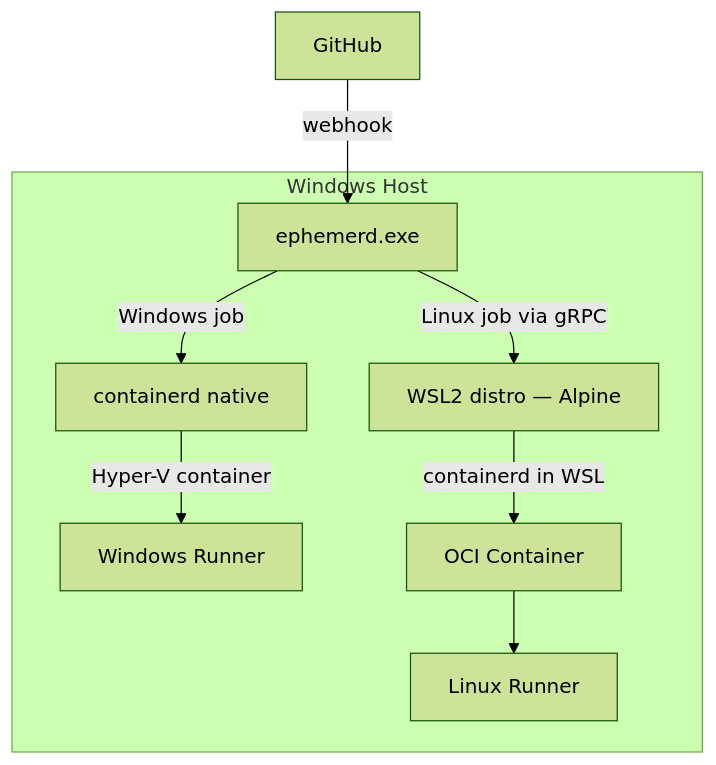
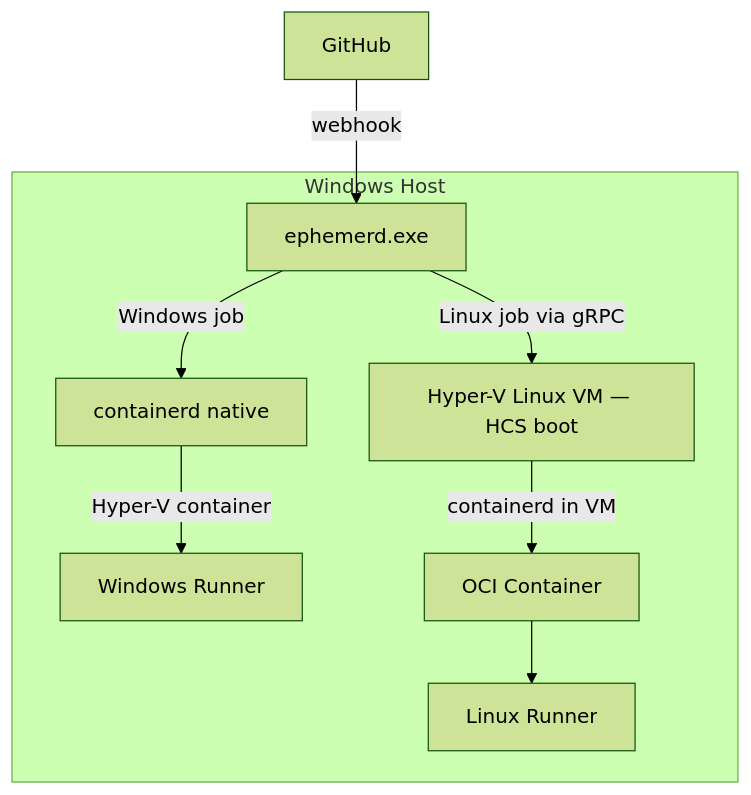
Before and after one commit to ephpm/ephemerd: the second of 7 diagrams in README.md, drawn with Mermaid (forest theme). The commit also changed other lines of this file and 30 other files, not shown here.

````diff
--- a/README.md
+++ b/README.md
@@ -57,13 +57,13 @@
 ```mermaid
 graph TB
     GH[GitHub] -->|webhook| E[ephemerd.exe]
 
     subgraph "Windows Host"
         E -->|Windows job| CTD[containerd native]
         CTD -->|Hyper-V container| WR[Windows Runner]
 
-        E -->|Linux job via gRPC| WSL[WSL2 distro — Alpine]
-        WSL -->|containerd in WSL| LC[OCI Container]
+        E -->|Linux job via gRPC| LVM[Hyper-V Linux VM — HCS boot]
+        LVM -->|containerd in VM| LC[OCI Container]
         LC --> LR[Linux Runner]
     end
 ```
````
